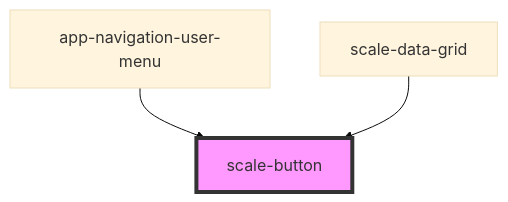
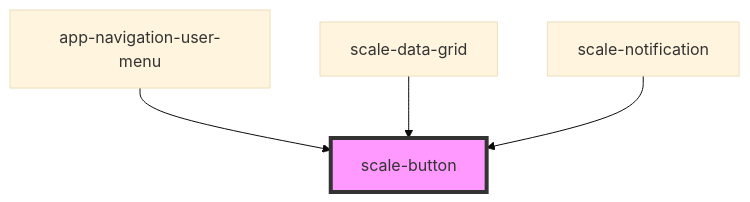
One commit to telekom/scale changed the diagram in packages/components/src/components/button/readme.md. Above: the diagram before and after it, drawn with Mermaid (base theme). The commit also changed other lines of this file and 4 other files, not shown here.

````diff
--- a/packages/components/src/components/button/readme.md
+++ b/packages/components/src/components/button/readme.md
@@ -49,6 +50,7 @@
 ```mermaid
 graph TD;
   app-navigation-user-menu --> scale-button
   scale-data-grid --> scale-button
+  scale-notification --> scale-button
   style scale-button fill:#f9f,stroke:#333,stroke-width:4px
 ```
````
